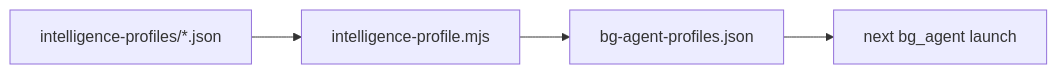
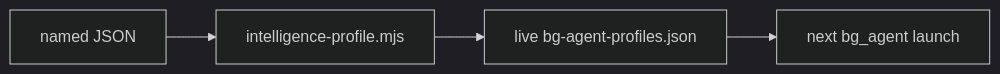
The second of 3 diagrams in README.md (nourhelmi/pi-meta-harness), drawn with Mermaid before and after one commit. The commit also changed other lines of this file, not shown here.

````diff
--- a/README.md
+++ b/README.md
@@ -83,6 +144,10 @@
 ```mermaid
+---
+config:
+  theme: dark
+---
 flowchart LR
-  named["intelligence-profiles/*.json"] --> switcher["intelligence-profile.mjs"]
-  switcher --> live["bg-agent-profiles.json"]
+  named["named JSON"] --> switcher["intelligence-profile.mjs"]
+  switcher --> live["live bg-agent-profiles.json"]
   live --> launches["next bg_agent launch"]
 ```
````
